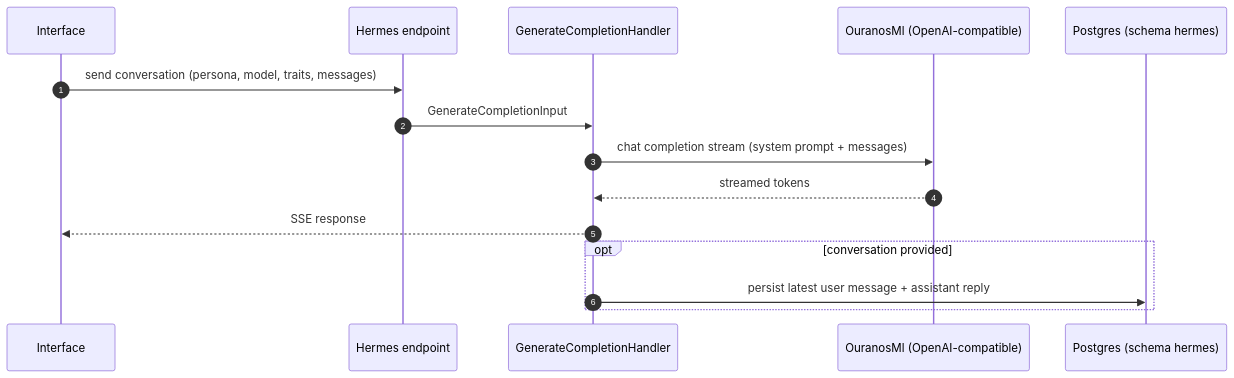
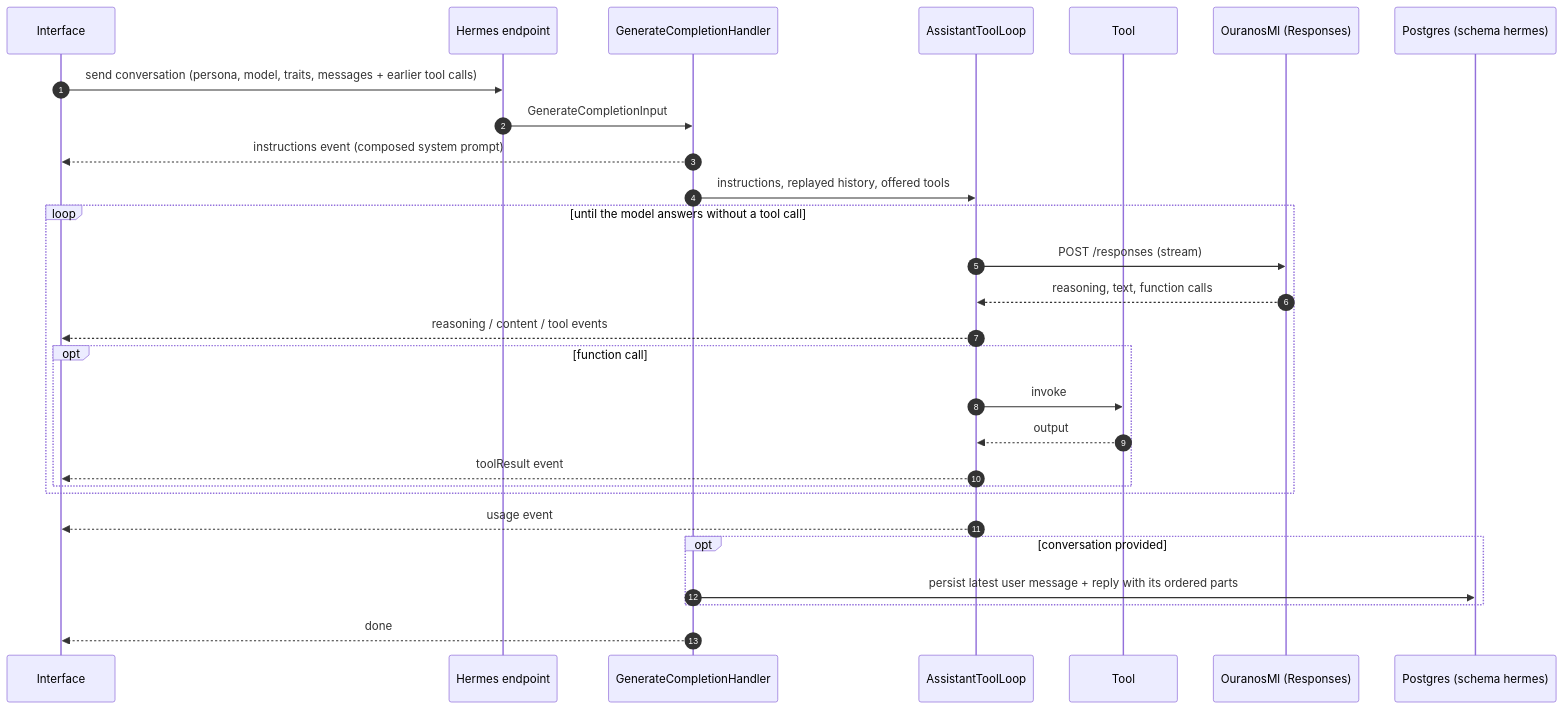
One commit to davwales/ouranos-pantheon changed the diagram in src/modules/hermes/docs/06-runtime-view.md. Above: the diagram before and after it, drawn with Mermaid. The commit also changed other lines of this file and 125 other files, not shown here.

````diff
--- a/src/modules/hermes/docs/06-runtime-view.md
+++ b/src/modules/hermes/docs/06-runtime-view.md
@@ -5,18 +5,31 @@
 ```mermaid
 sequenceDiagram
     autonumber
     participant UI as Interface
     participant EP as Hermes endpoint
     participant H as GenerateCompletionHandler
-    participant ML as OuranosMl (OpenAI-compatible)
+    participant L as AssistantToolLoop
+    participant T as Tool
+    participant ML as OuranosMl (Responses)
     participant DB as Postgres (schema hermes)
 
-    UI ->> EP: send conversation (persona, model, traits, messages)
+    UI ->> EP: send conversation (persona, model, traits, messages + earlier tool calls)
     EP ->> H: GenerateCompletionInput
-    H ->> ML: chat completion stream (system prompt + messages)
-    ML -->> H: streamed tokens
-    H -->> UI: SSE response
+    H -->> UI: instructions event (composed system prompt)
+    H ->> L: instructions, replayed history, offered tools
+    loop until the model answers without a tool call
+        L ->> ML: POST /responses (stream)
+        ML -->> L: reasoning, text, function calls
+        L -->> UI: reasoning / content / tool events
+        opt function call
+            L ->> T: invoke
+            T -->> L: output
+            L -->> UI: toolResult event
+        end
+    end
+    L -->> UI: usage event
     opt conversation provided
-        H ->> DB: persist latest user message + assistant reply
+        H ->> DB: persist latest user message + reply with its ordered parts
     end
+    H -->> UI: done
 ```
````
